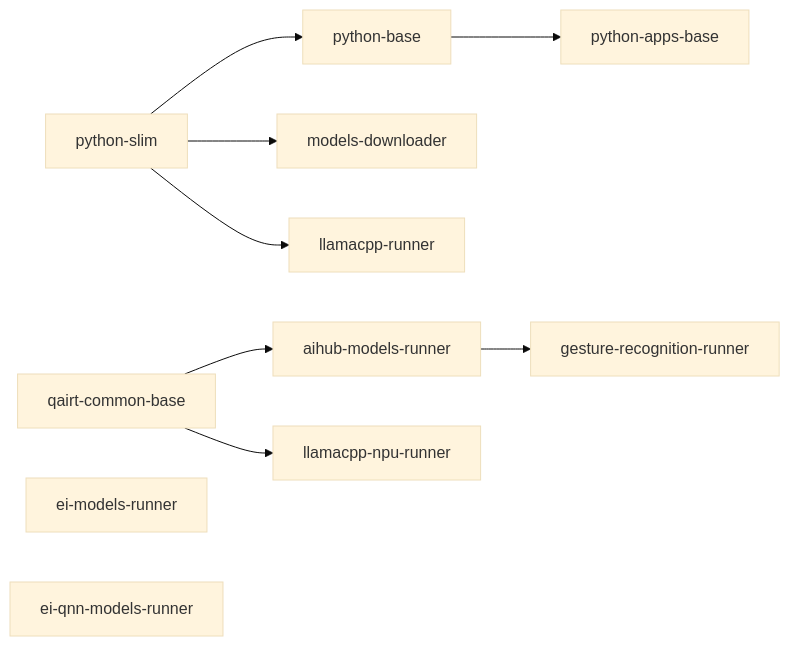
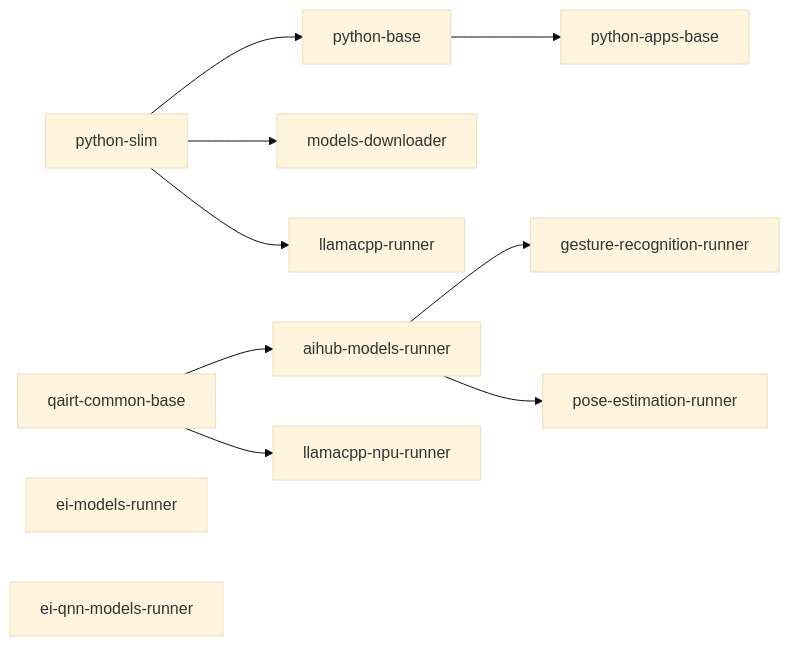
Before and after one commit to arduino/app-bricks-py: the diagram in containers/README.md, drawn with Mermaid (base theme). The commit also changed other lines of this file and 2 other files, not shown here.

````diff
--- a/containers/README.md
+++ b/containers/README.md
@@ -39,10 +40,11 @@
 ```mermaid
 graph LR
   slim[python-slim] --> base[python-base] --> apps[python-apps-base]
   slim --> dl[models-downloader]
   slim --> lcpp[llamacpp-runner]
   qairt[qairt-common-base] --> aihub[aihub-models-runner] --> gesture[gesture-recognition-runner]
+  aihub --> pose[pose-estimation-runner]
   qairt --> lcppnpu[llamacpp-npu-runner]
   ei[ei-models-runner]
   eiqnn[ei-qnn-models-runner]
 ```
````
